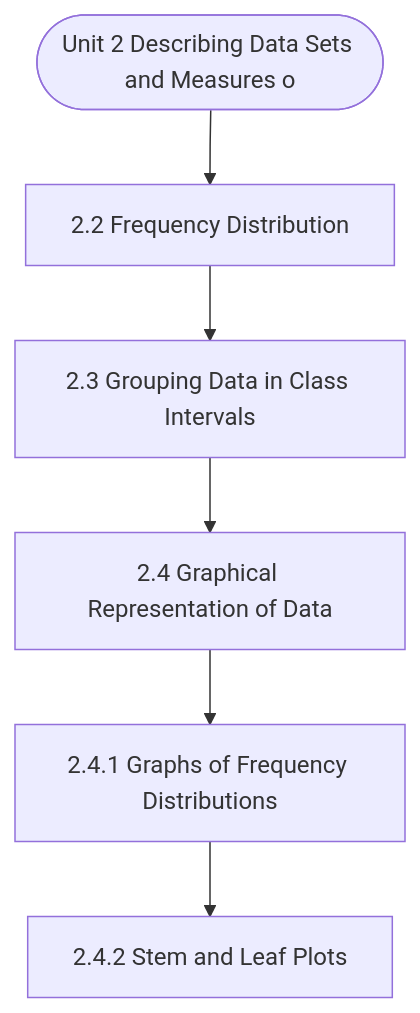
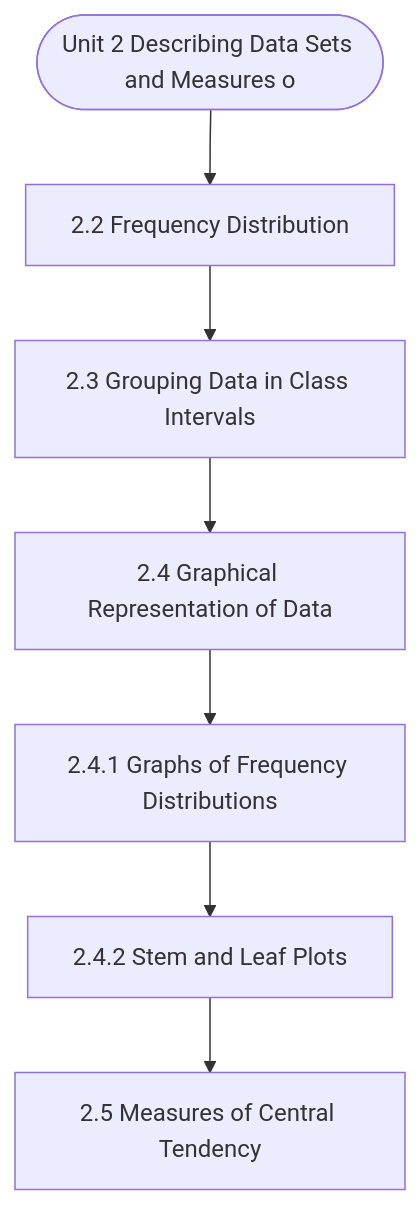
The diagram in notes/Semester_2/MCS-066_Mathematical_Foundations_-_II/unit_02_Describing_Data_Sets_and_Measures_of_Central_Tende.md (Asutosh-Coaching/mscdsa), drawn with Mermaid before and after one commit. The commit also changed other lines of this file and 116 other files, not shown here.

````diff
--- a/notes/Semester_2/MCS-066_Mathematical_Foundations_-_II/unit_02_Describing_Data_Sets_and_Measures_of_Central_Tende.md
+++ b/notes/Semester_2/MCS-066_Mathematical_Foundations_-_II/unit_02_Describing_Data_Sets_and_Measures_of_Central_Tende.md
@@ -19,14 +19,16 @@
 ```mermaid
 flowchart TD
   Start(["Unit 2 Describing Data Sets and Measures o"])
   N1["2.2 Frequency Distribution"]
   N2["2.3 Grouping Data in Class Intervals"]
   N3["2.4 Graphical Representation of Data"]
   N4["2.4.1 Graphs of Frequency Distributions"]
   N5["2.4.2 Stem and Leaf Plots"]
+  N6["2.5 Measures of Central Tendency"]
   Start --> N1
   N1 --> N2
   N2 --> N3
   N3 --> N4
   N4 --> N5
+  N5 --> N6
 ```
````
